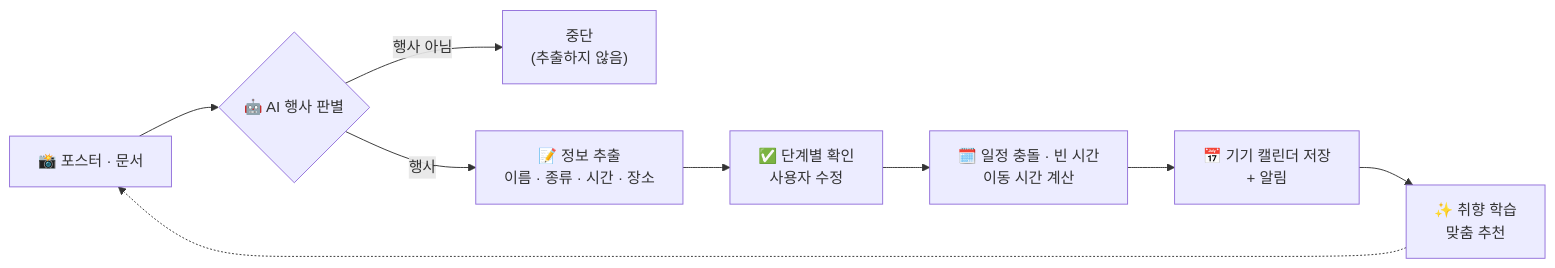
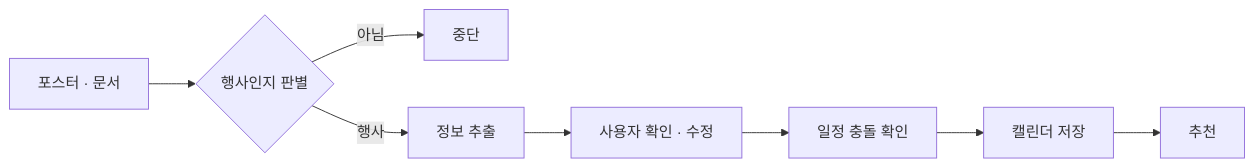
The first of 2 diagrams in README.md (init726/cue), drawn with Mermaid before and after one commit. The commit also changed other lines of this file, not shown here.

````diff
--- a/README.md
+++ b/README.md
@@ -52,11 +38,10 @@
 ```mermaid
 flowchart LR
-    A["📸 포스터 · 문서"] --> B{"🤖 AI 행사 판별"}
-    B -- 행사 아님 --> X["중단<br/>(추출하지 않음)"]
-    B -- 행사 --> C["📝 정보 추출<br/>이름 · 종류 · 시간 · 장소"]
-    C --> D["✅ 단계별 확인<br/>사용자 수정"]
-    D --> E["🗓️ 일정 충돌 · 빈 시간<br/>이동 시간 계산"]
-    E --> F["📅 기기 캘린더 저장<br/>+ 알림"]
-    F --> G["✨ 취향 학습<br/>맞춤 추천"]
-    G -.-> A
+    A["포스터 · 문서"] --> B{"행사인지 판별"}
+    B -- 아님 --> X["중단"]
+    B -- 행사 --> C["정보 추출"]
+    C --> D["사용자 확인 · 수정"]
+    D --> E["일정 충돌 확인"]
+    E --> F["캘린더 저장"]
+    F --> G["추천"]
 ```
````
